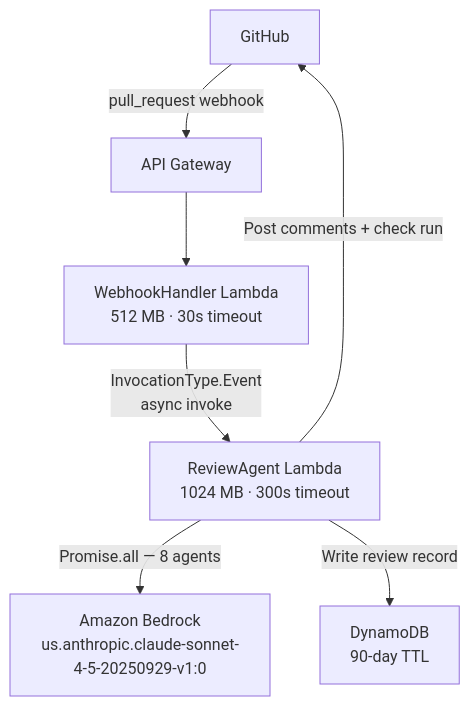
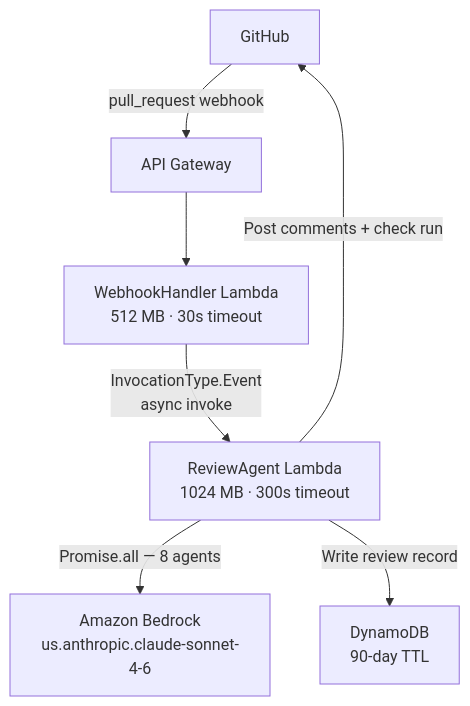
Before and after one commit to mergewatch/mergewatch.ai: the first of 2 diagrams in docs-site/deployment/architecture.mdx, drawn with Mermaid. The commit also changed other lines of this file and 18 other files, not shown here.

````diff
--- a/docs-site/deployment/architecture.mdx
+++ b/docs-site/deployment/architecture.mdx
@@ -12,9 +12,9 @@
 ```mermaid
 graph TD
     A[GitHub] -->|pull_request webhook| B[API Gateway]
     B --> C[WebhookHandler Lambda<br/>512 MB · 30s timeout]
     C -->|InvocationType.Event<br/>async invoke| D[ReviewAgent Lambda<br/>1024 MB · 300s timeout]
-    D -->|Promise.all — 8 agents| E[Amazon Bedrock<br/>us.anthropic.claude-sonnet-4-5-20250929-v1:0]
+    D -->|Promise.all — 8 agents| E[Amazon Bedrock<br/>us.anthropic.claude-sonnet-4-6]
     D -->|Write review record| F[DynamoDB<br/>90-day TTL]
     D -->|Post comments + check run| A
 ```
````
